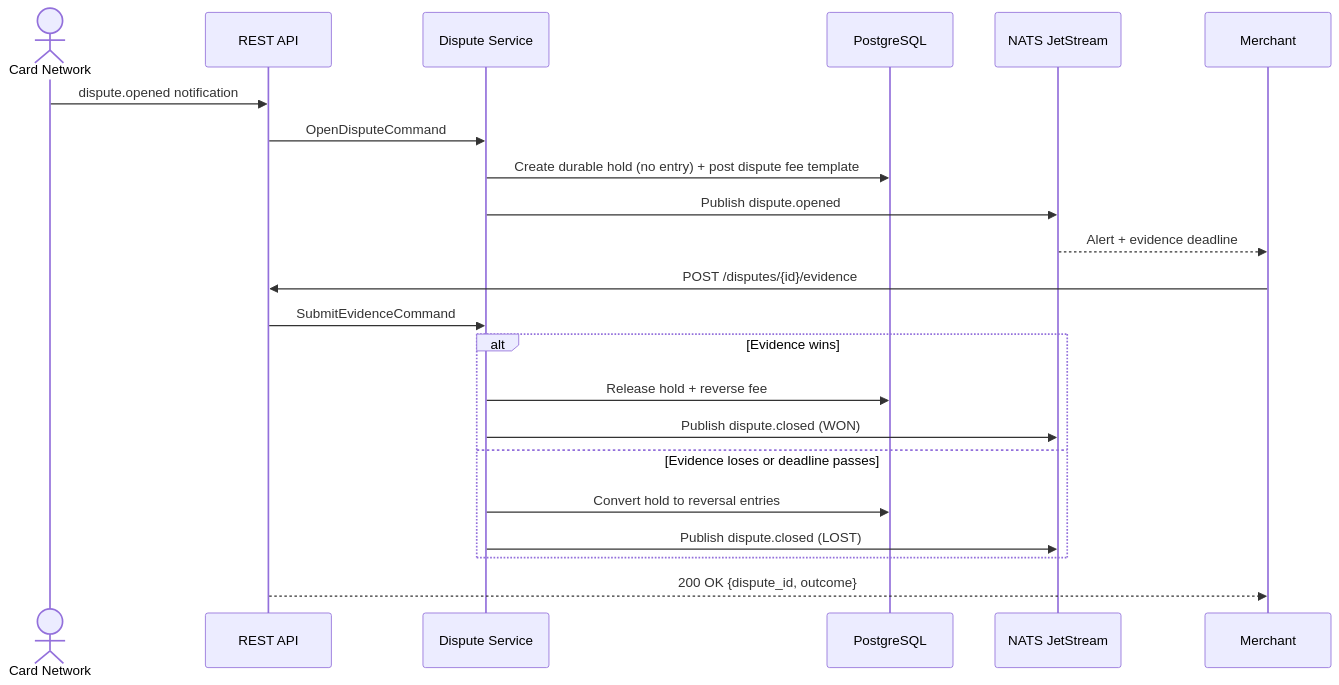
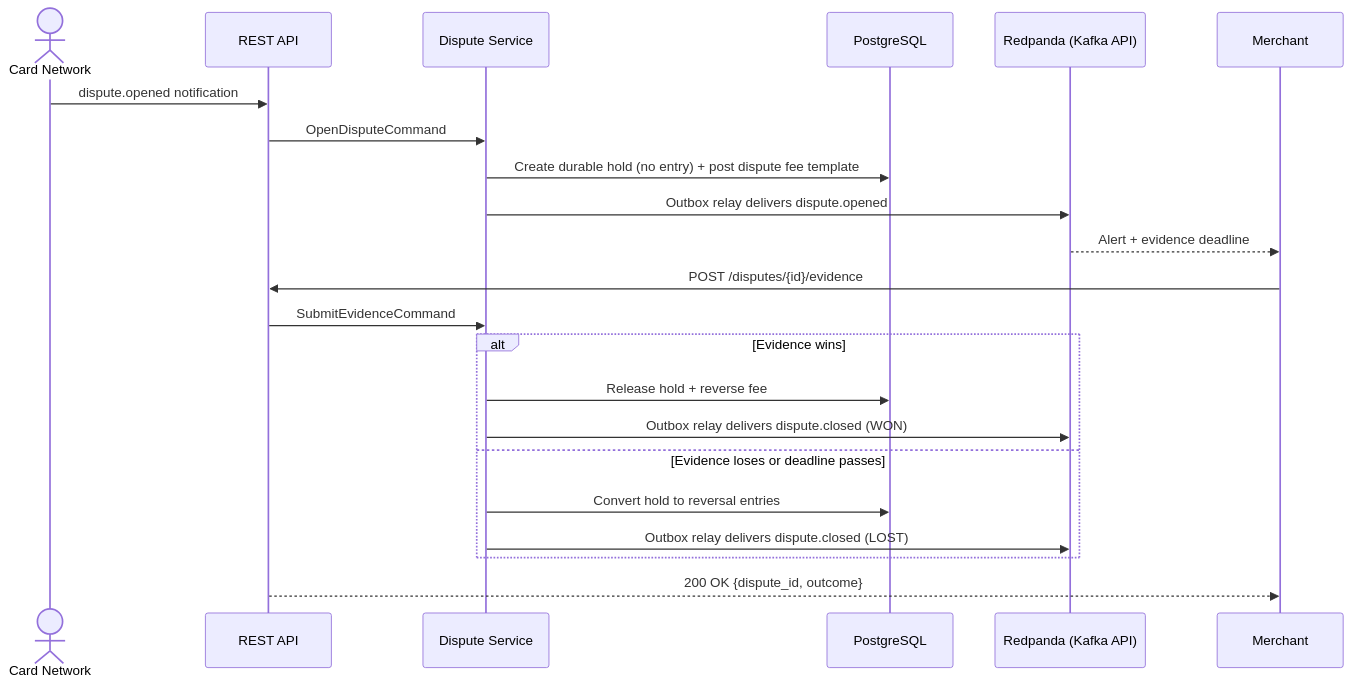
Before and after one commit to kadekutama/go-template: the seventh of 7 diagrams in docs/user-journeys.md, drawn with Mermaid. The commit also changed other lines of this file and 48 other files, not shown here.

First line of the commit message:
feat(arch): distributed architecture evolution & hybrid migration planning

````diff
--- a/docs/user-journeys.md
+++ b/docs/user-journeys.md
@@ -287,25 +287,25 @@
 ```mermaid
 sequenceDiagram
     actor Network as Card Network
     participant API as REST API
     participant Ledger as Dispute Service
     participant PG as PostgreSQL
-    participant NATS as NATS JetStream
+    participant Redpanda as Redpanda (Kafka API)
     participant Merchant as Merchant
 
     Network->>API: dispute.opened notification
     API->>Ledger: OpenDisputeCommand
     Ledger->>PG: Create durable hold (no entry) + post dispute fee template
-    Ledger->>NATS: Publish dispute.opened
-    NATS-->>Merchant: Alert + evidence deadline
+    Ledger->>Redpanda: Outbox relay delivers dispute.opened
+    Redpanda-->>Merchant: Alert + evidence deadline
     Merchant->>API: POST /disputes/{id}/evidence
     API->>Ledger: SubmitEvidenceCommand
     alt Evidence wins
         Ledger->>PG: Release hold + reverse fee
-        Ledger->>NATS: Publish dispute.closed (WON)
+        Ledger->>Redpanda: Outbox relay delivers dispute.closed (WON)
     else Evidence loses or deadline passes
         Ledger->>PG: Convert hold to reversal entries
-        Ledger->>NATS: Publish dispute.closed (LOST)
+        Ledger->>Redpanda: Outbox relay delivers dispute.closed (LOST)
     end
     API-->>Merchant: 200 OK {dispute_id, outcome}
 ```
````
